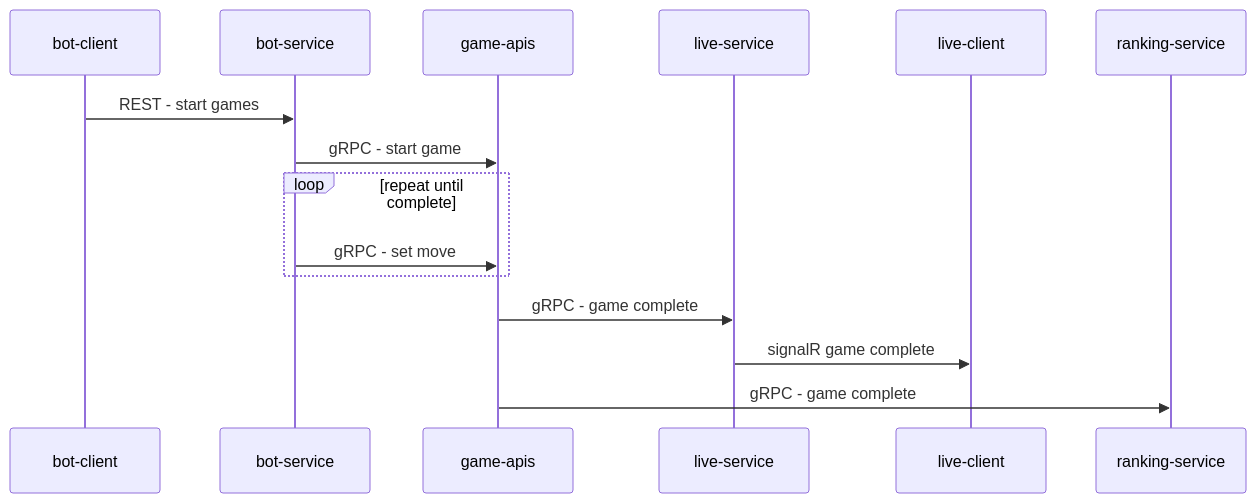
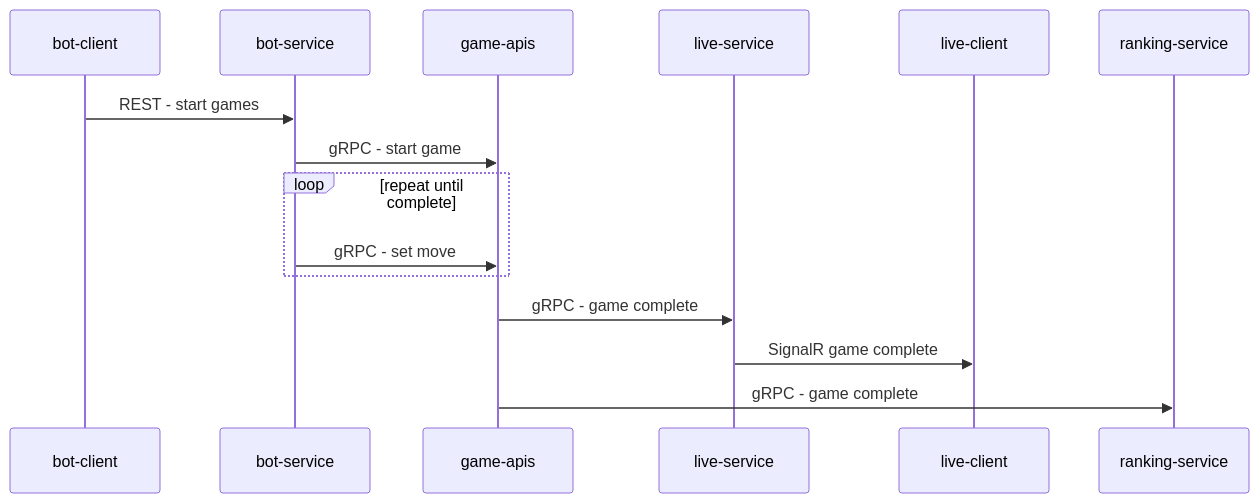
One commit to PacktPublishing/Pragmatic-Microservices-with-CSharp-and-Azure changed the diagram in ch15/sequence-connected.md. Above: the diagram before and after it, drawn with Mermaid.

Commit message:
Update sequence-connected.md SignalR casing

````diff
--- a/ch15/sequence-connected.md
+++ b/ch15/sequence-connected.md
@@ -1,18 +1,18 @@
 ```mermaid
 sequenceDiagram
   participant bot-client
   participant bot-service
   participant game-apis
   participant live-service
   participant live-client
   participant ranking-service
 
   bot-client->>bot-service: REST - start games
   bot-service->>game-apis: gRPC - start game
   loop repeat until complete
     bot-service->>game-apis: gRPC - set move
   end
   game-apis->>live-service: gRPC - game complete
-  live-service->>live-client: signalR game complete
+  live-service->>live-client: SignalR game complete
   game-apis->>ranking-service: gRPC - game complete
 ```
````
